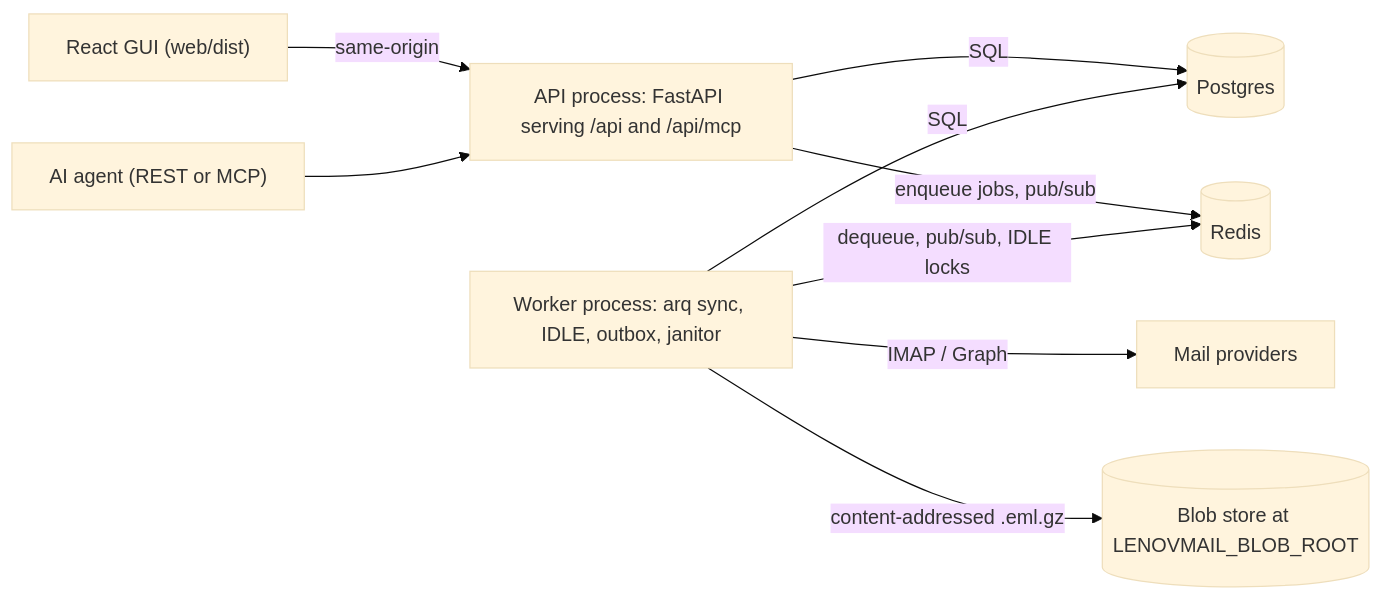
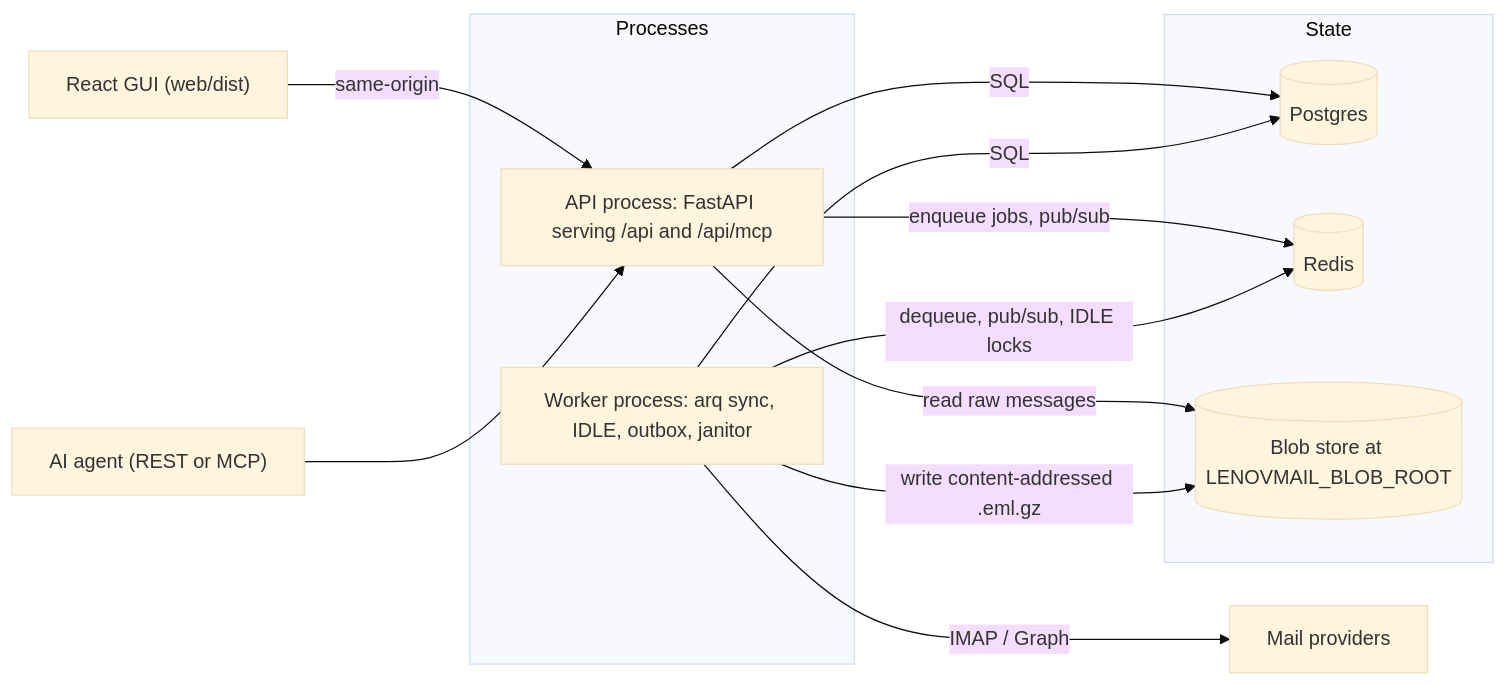
One commit to satuapps/lenovmail changed the first of 2 diagrams in docs/architecture.md. Above: the diagram before and after it, drawn with Mermaid (base theme). The commit also changed 1 other file, not shown here.

Commit message:
group processes and stores in the architecture diagrams

````diff
--- a/docs/architecture.md
+++ b/docs/architecture.md
@@ -25,11 +25,24 @@
 ```mermaid
 flowchart LR
     GUI["React GUI (web/dist)"] -->|same-origin| API
     Agent["AI agent (REST or MCP)"] --> API
-    API["API process: FastAPI serving /api and /api/mcp"] -->|SQL| PG[(Postgres)]
-    API -->|enqueue jobs, pub/sub| Redis[(Redis)]
-    Worker["Worker process: arq sync, IDLE, outbox, janitor"] -->|SQL| PG
+
+    subgraph Processes
+        API["API process: FastAPI serving /api and /api/mcp"]
+        Worker["Worker process: arq sync, IDLE, outbox, janitor"]
+    end
+
+    subgraph State
+        PG[(Postgres)]
+        Redis[(Redis)]
+        Blobs[("Blob store at LENOVMAIL_BLOB_ROOT")]
+    end
+
+    API -->|SQL| PG
+    API -->|enqueue jobs, pub/sub| Redis
+    API -->|read raw messages| Blobs
+    Worker -->|SQL| PG
     Worker -->|dequeue, pub/sub, IDLE locks| Redis
+    Worker -->|write content-addressed .eml.gz| Blobs
     Worker -->|IMAP / Graph| Providers["Mail providers"]
-    Worker -->|content-addressed .eml.gz| Blobs[("Blob store at LENOVMAIL_BLOB_ROOT")]
 ```
````
